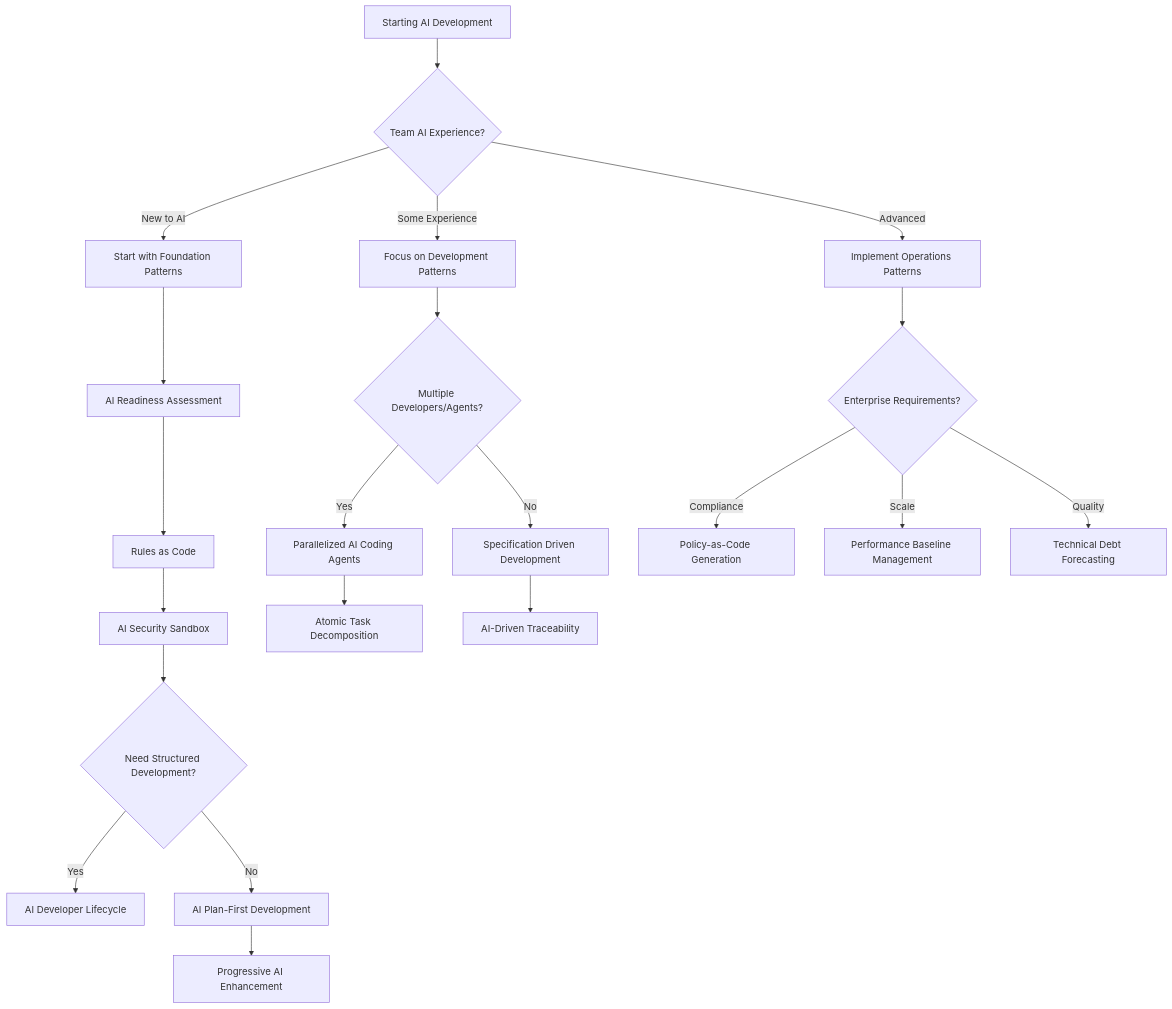
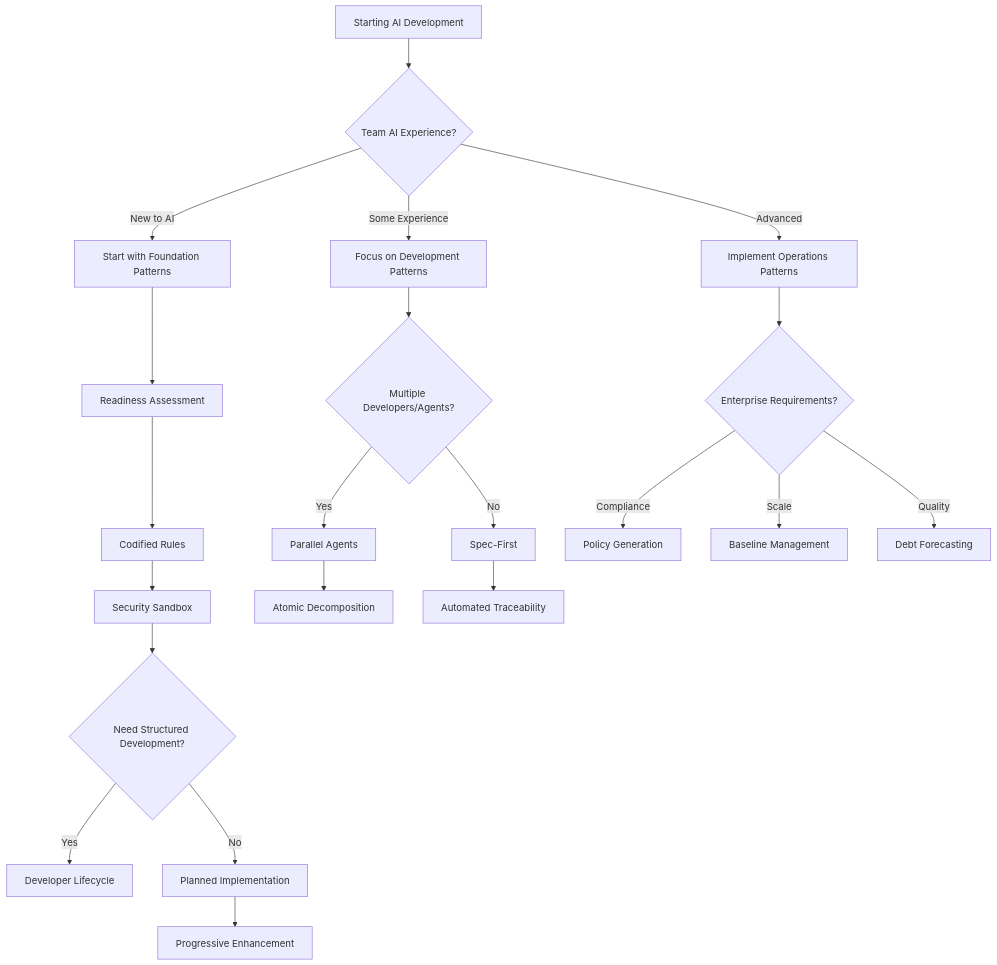
The third of 11 diagrams in README.md (PaulDuvall/ai-development-patterns), drawn with Mermaid before and after one commit. The commit also changed other lines of this file and 140 other files, not shown here.

````diff
--- a/README.md
+++ b/README.md
@@ -146,26 +146,26 @@
 ```mermaid
 graph TD
     A[Starting AI Development] --> B{Team AI Experience?}
     B -->|New to AI| C[Start with Foundation Patterns]
     B -->|Some Experience| D[Focus on Development Patterns]
     B -->|Advanced| E[Implement Operations Patterns]
-    
-    C --> F[AI Readiness Assessment]
-    F --> G[Rules as Code]
-    G --> H[AI Security Sandbox]
+
+    C --> F[Readiness Assessment]
+    F --> G[Codified Rules]
+    G --> H[Security Sandbox]
     H --> I{Need Structured Development?}
-    I -->|Yes| J[AI Developer Lifecycle]
-    I -->|No| K[AI Plan-First Development]
-    K --> L[Progressive AI Enhancement]
-    
+    I -->|Yes| J[Developer Lifecycle]
+    I -->|No| K[Planned Implementation]
+    K --> L[Progressive Enhancement]
+
     D --> M{Multiple Developers/Agents?}
-    M -->|Yes| N[Parallelized AI Coding Agents]
-    M -->|No| O[Specification Driven Development]
-    N --> P[Atomic Task Decomposition]
-    O --> Q[AI-Driven Traceability]
-    
+    M -->|Yes| N[Parallel Agents]
+    M -->|No| O[Spec-First]
+    N --> P[Atomic Decomposition]
+    O --> Q[Automated Traceability]
+
     E --> R{Enterprise Requirements?}
-    R -->|Compliance| S[Policy-as-Code Generation]
-    R -->|Scale| T[Performance Baseline Management]
-    R -->|Quality| U[Technical Debt Forecasting]
+    R -->|Compliance| S[Policy Generation]
+    R -->|Scale| T[Baseline Management]
+    R -->|Quality| U[Debt Forecasting]
 ```
````
